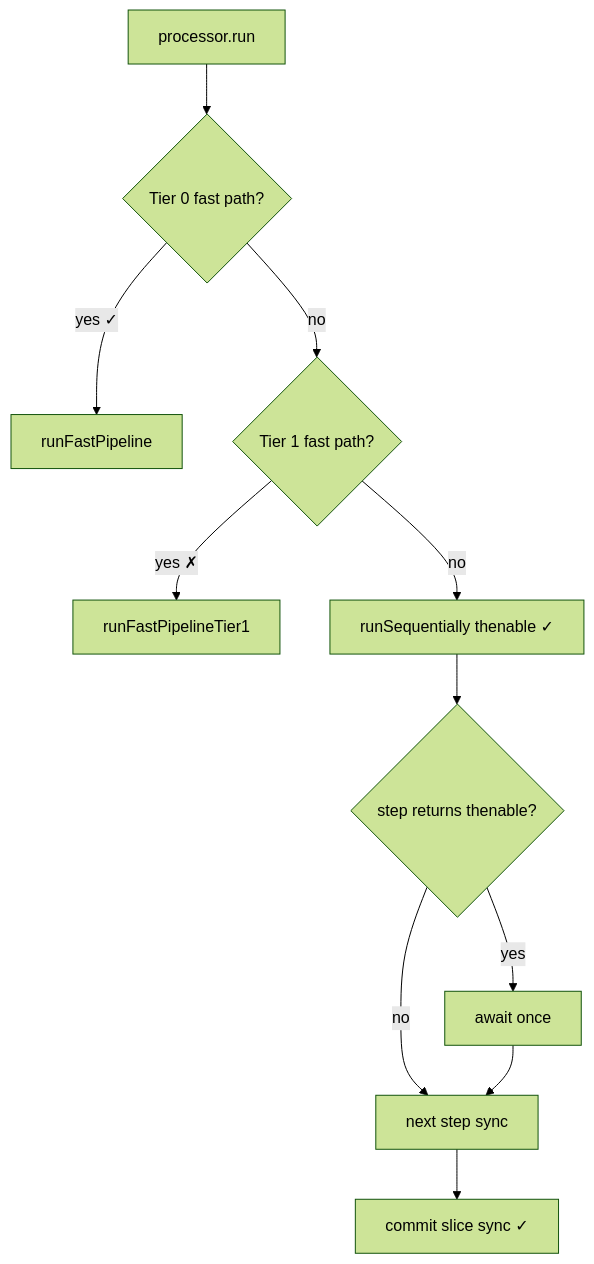
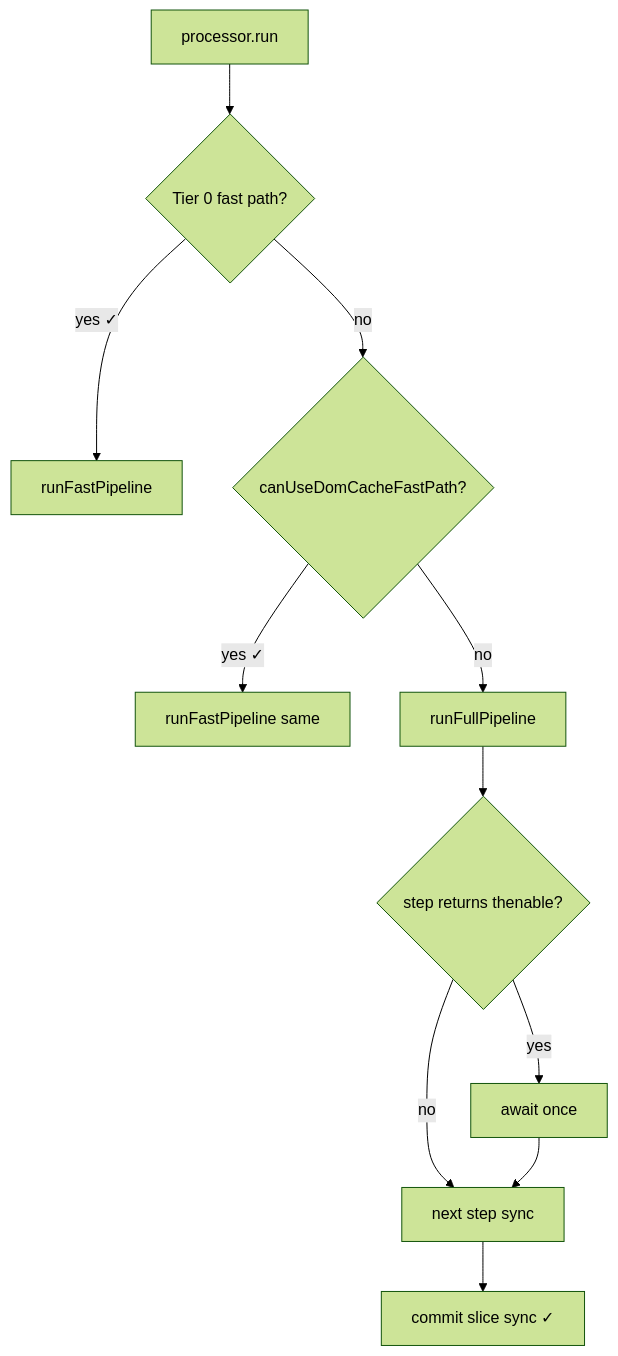
The diagram in docs/todo/PIPELINE_STEP_RUNNER.md (aura-ui/router), drawn with Mermaid (forest theme) before and after one commit. The commit also changed other lines of this file and 10 other files, not shown here.

Commit message:
feat: add canUseDomCacheFastPath to transition plan

````diff
--- a/docs/todo/PIPELINE_STEP_RUNNER.md
+++ b/docs/todo/PIPELINE_STEP_RUNNER.md
@@ -279,13 +280,13 @@
 ```mermaid
 flowchart TD
   START[processor.run] --> FP0{Tier 0 fast path?}
   FP0 -->|yes ✓| FAST0[runFastPipeline]
-  FP0 -->|no| FP1{Tier 1 fast path?}
-  FP1 -->|yes ✗| FAST1[runFastPipelineTier1]
-  FP1 -->|no| FULL[runSequentially thenable ✓]
+  FP0 -->|no| FP1{canUseDomCacheFastPath?}
+  FP1 -->|yes ✓| FAST1[runFastPipeline same]
+  FP1 -->|no| FULL[runFullPipeline]
   FULL --> SYNC{step returns thenable?}
   SYNC -->|no| NEXT[next step sync]
   SYNC -->|yes| AWAIT[await once]
   AWAIT --> NEXT
   NEXT --> COMMIT[commit slice sync ✓]
 ```
````
